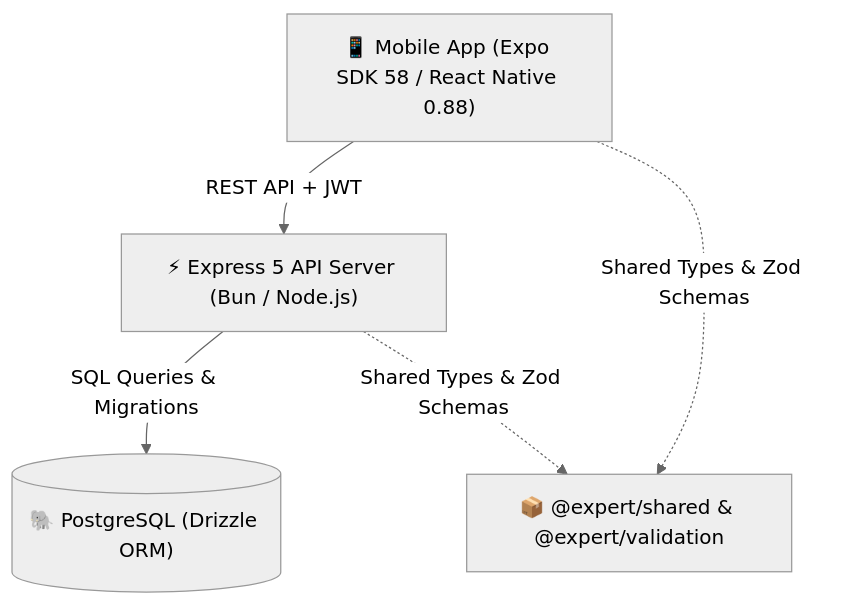
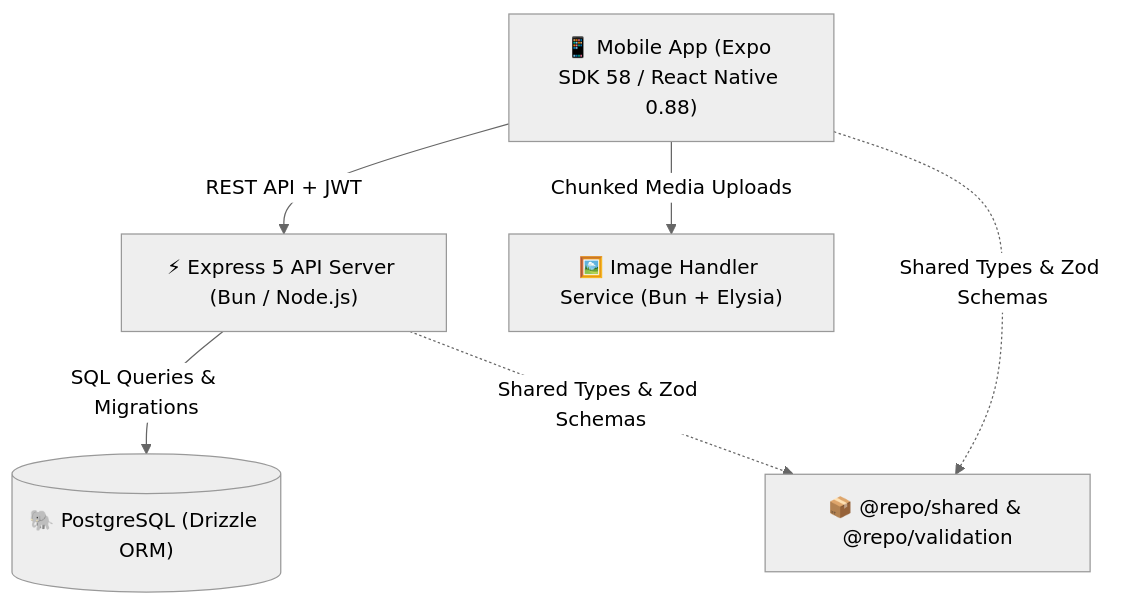
One commit to hackritik000/expert-learning-platform changed the diagram in README.md. Above: the diagram before and after it, drawn with Mermaid (neutral theme). The commit also changed other lines of this file and 123 other files, not shown here.

````diff
--- a/README.md
+++ b/README.md
@@ -30,12 +30,14 @@
 ```mermaid
 graph TD
     Client["📱 Mobile App (Expo SDK 58 / React Native 0.88)"]
     Server["⚡ Express 5 API Server (Bun / Node.js)"]
+    ImageHandler["🖼️ Image Handler Service (Bun + Elysia)"]
     DB[("🐘 PostgreSQL (Drizzle ORM)")]
-    Shared["📦 @expert/shared & @expert/validation"]
+    Shared["📦 @repo/shared & @repo/validation"]
 
     Client -->|REST API + JWT| Server
+    Client -->|Chunked Media Uploads| ImageHandler
     Server -->|SQL Queries & Migrations| DB
     Client -.->|Shared Types & Zod Schemas| Shared
     Server -.->|Shared Types & Zod Schemas| Shared
 ```
````
